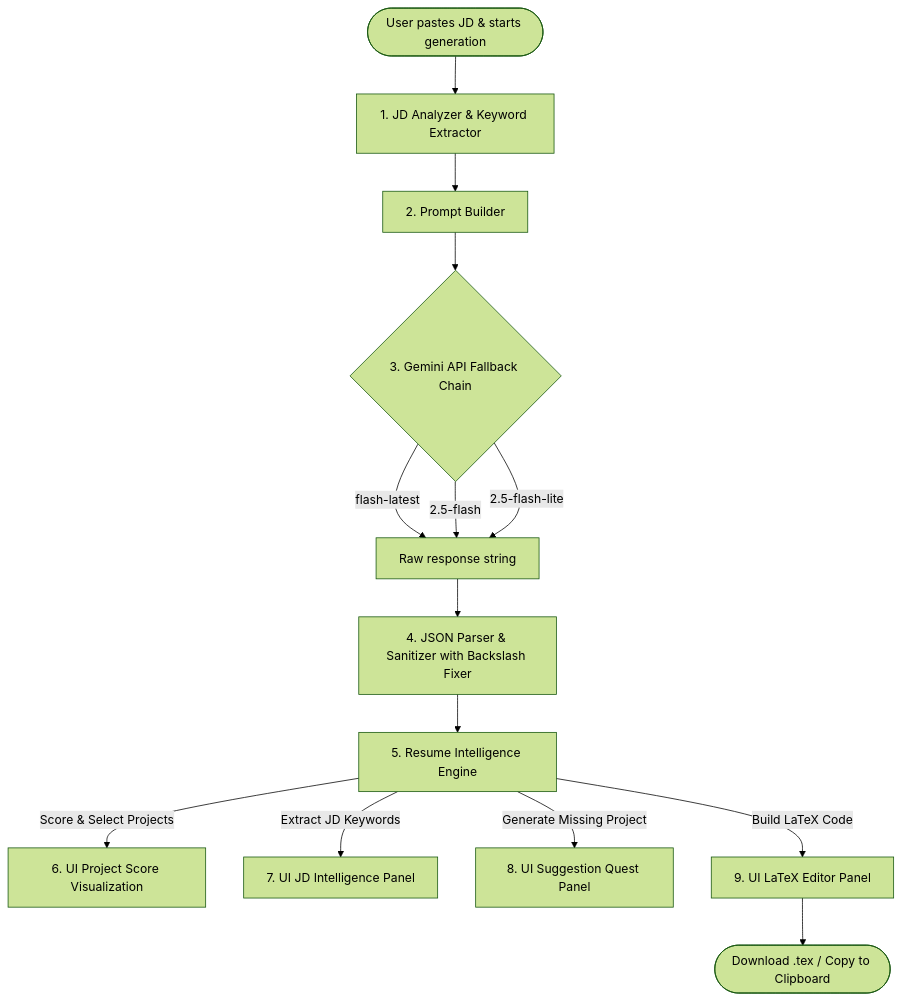
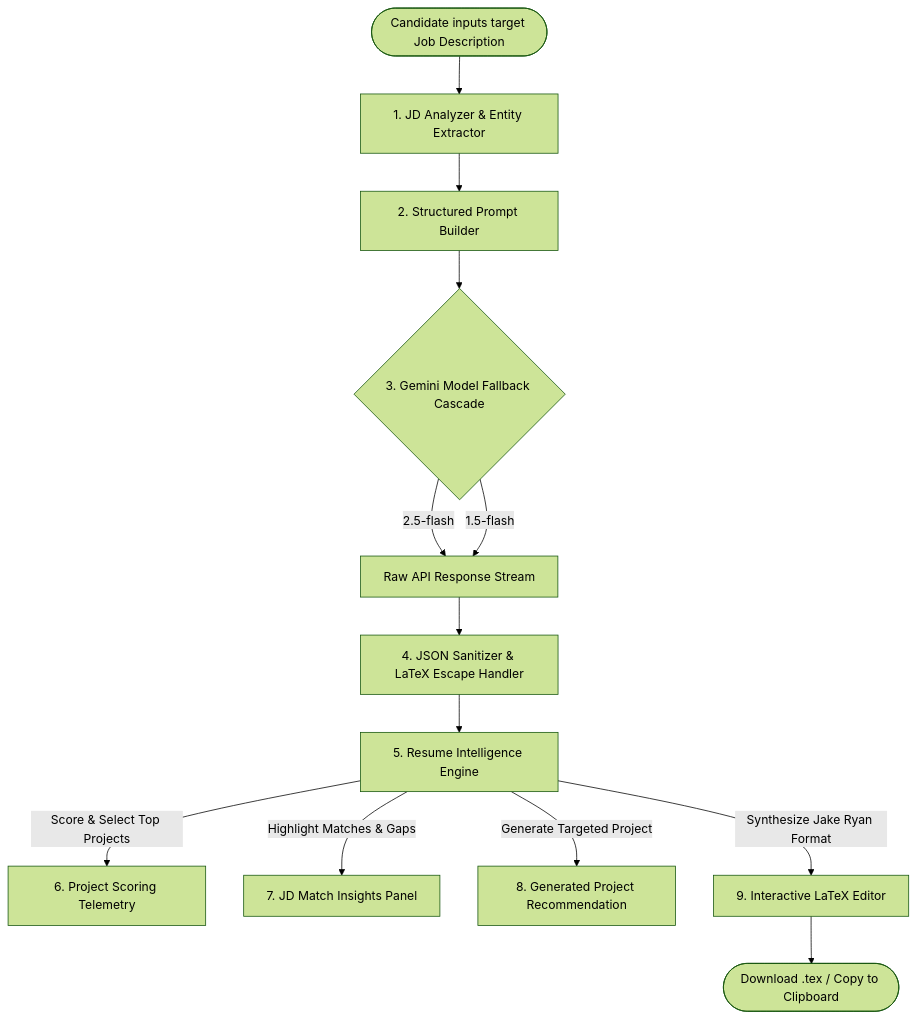
The diagram in README.md (Ma-nas/ResumeForge-AI), drawn with Mermaid (forest theme) before and after one commit. The commit also changed other lines of this file, not shown here.

````diff
--- a/README.md
+++ b/README.md
@@ -66,16 +51,15 @@
 ```mermaid
 graph TD
-    User([User pastes JD & starts generation]) --> JD_Analyzer[1. JD Analyzer & Keyword Extractor]
-    JD_Analyzer --> Prompt_Builder[2. Prompt Builder]
-    Prompt_Builder --> Model_Chain{3. Gemini API Fallback Chain}
-    Model_Chain -->|flash-latest| Response_Raw[Raw response string]
-    Model_Chain -->|2.5-flash| Response_Raw
-    Model_Chain -->|2.5-flash-lite| Response_Raw
-    Response_Raw --> JSON_Parser[4. JSON Parser & Sanitizer with Backslash Fixer]
-    JSON_Parser --> Selection_Engine[5. Resume Intelligence Engine]
-    Selection_Engine -->|Score & Select Projects| Score_Visualizer[6. UI Project Score Visualization]
-    Selection_Engine -->|Extract JD Keywords| JD_Intel_Card[7. UI JD Intelligence Panel]
-    Selection_Engine -->|Generate Missing Project| Project_Quest_Card[8. UI Suggestion Quest Panel]
-    Selection_Engine -->|Build LaTeX Code| Latex_Output_Card[9. UI LaTeX Editor Panel]
-    Latex_Output_Card --> Download_Action([Download .tex / Copy to Clipboard])
+    User([Candidate inputs target Job Description]) --> JD_Analyzer[1. JD Analyzer & Entity Extractor]
+    JD_Analyzer --> Prompt_Builder[2. Structured Prompt Builder]
+    Prompt_Builder --> Model_Chain{3. Gemini Model Fallback Cascade}
+    Model_Chain -->|2.5-flash| Response_Raw[Raw API Response Stream]
+    Model_Chain -->|1.5-flash| Response_Raw
+    Response_Raw --> JSON_Sanitizer[4. JSON Sanitizer & LaTeX Escape Handler]
+    JSON_Sanitizer --> Intelligence_Engine[5. Resume Intelligence Engine]
+    Intelligence_Engine -->|Score & Select Top Projects| Score_UI[6. Project Scoring Telemetry]
+    Intelligence_Engine -->|Highlight Matches & Gaps| JD_UI[7. JD Match Insights Panel]
+    Intelligence_Engine -->|Generate Targeted Project| Quest_UI[8. Generated Project Recommendation]
+    Intelligence_Engine -->|Synthesize Jake Ryan Format| Latex_UI[9. Interactive LaTeX Editor]
+    Latex_UI --> Export([Download .tex / Copy to Clipboard])
 ```
````
